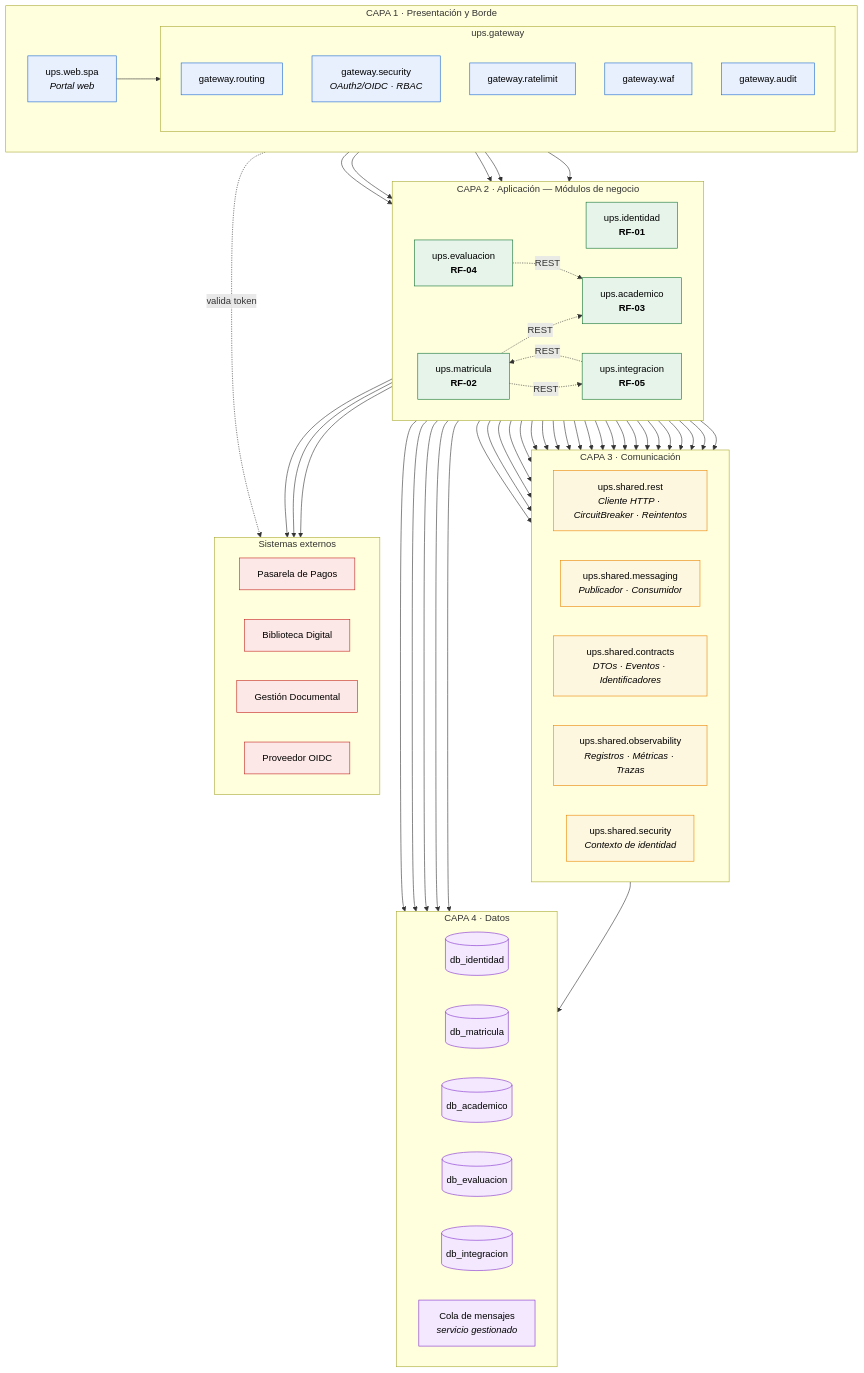
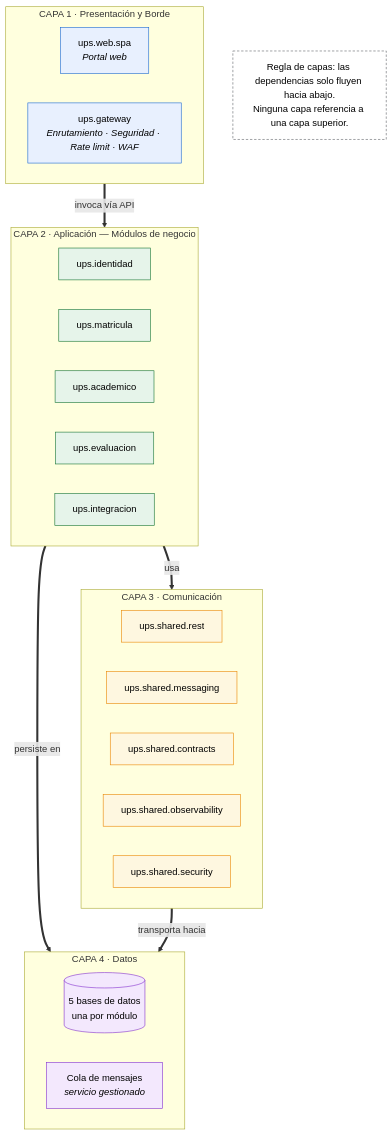
The first of 11 diagrams in docs/04-vista-desarrollo.md (thePanaMiguel09/doc-caso-estudio), drawn with Mermaid before and after one commit. The commit also changed other lines of this file and 1 other file, not shown here.

First line of the commit message:
docs: separa los cuatro diagramas exigidos en la vista de desarrollo

````diff
--- a/docs/04-vista-desarrollo.md
+++ b/docs/04-vista-desarrollo.md
@@ -39,103 +57,44 @@
 flowchart TB
     subgraph L1["CAPA 1 · Presentación y Borde"]
         direction LR
-        WEB["ups.web.spa<br/><i>Portal web</i>"]:::c1
-        subgraph GWP["ups.gateway"]
-            direction TB
-            G1["gateway.routing"]:::c1
-            G2["gateway.security<br/><i>OAuth2/OIDC · RBAC</i>"]:::c1
-            G3["gateway.ratelimit"]:::c1
-            G4["gateway.waf"]:::c1
-            G5["gateway.audit"]:::c1
-        end
+        L1A["ups.web.spa<br/><i>Portal web</i>"]:::c1
+        L1B["ups.gateway<br/><i>Enrutamiento · Seguridad · Rate limit · WAF</i>"]:::c1
     end
 
     subgraph L2["CAPA 2 · Aplicación — Módulos de negocio"]
         direction LR
-        M1["ups.identidad<br/><b>RF-01</b>"]:::c2
-        M2["ups.matricula<br/><b>RF-02</b>"]:::c2
-        M3["ups.academico<br/><b>RF-03</b>"]:::c2
-        M4["ups.evaluacion<br/><b>RF-04</b>"]:::c2
-        M5["ups.integracion<br/><b>RF-05</b>"]:::c2
+        L2A["ups.identidad"]:::c2
+        L2B["ups.matricula"]:::c2
+        L2C["ups.academico"]:::c2
+        L2D["ups.evaluacion"]:::c2
+        L2E["ups.integracion"]:::c2
     end
 
     subgraph L3["CAPA 3 · Comunicación"]
         direction LR
-        S1["ups.shared.rest<br/><i>Cliente HTTP · CircuitBreaker · Reintentos</i>"]:::c3
-        S2["ups.shared.messaging<br/><i>Publicador · Consumidor</i>"]:::c3
-        S3["ups.shared.contracts<br/><i>DTOs · Eventos · Identificadores</i>"]:::c3
-        S4["ups.shared.observability<br/><i>Registros · Métricas · Trazas</i>"]:::c3
-        S5["ups.shared.security<br/><i>Contexto de identidad</i>"]:::c3
+        L3A["ups.shared.rest"]:::c3
+        L3B["ups.shared.messaging"]:::c3
+        L3C["ups.shared.contracts"]:::c3
+        L3D["ups.shared.observability"]:::c3
+        L3E["ups.shared.security"]:::c3
     end
 
     subgraph L4["CAPA 4 · Datos"]
         direction LR
-        D1[("db_identidad")]:::c4
-        D2[("db_matricula")]:::c4
-        D3[("db_academico")]:::c4
-        D4[("db_evaluacion")]:::c4
-        D5[("db_integracion")]:::c4
-        MQ["Cola de mensajes<br/><i>servicio gestionado</i>"]:::c4
+        L4A[("5 bases de datos<br/>una por módulo")]:::c4
+        L4B["Cola de mensajes<br/><i>servicio gestionado</i>"]:::c4
     end
 
-    subgraph EXT["Sistemas externos"]
-        direction LR
-        E1["Pasarela de Pagos"]:::ce
-        E2["Biblioteca Digital"]:::ce
-        E3["Gestión Documental"]:::ce
-        E4["Proveedor OIDC"]:::ce
-    end
+    L1 ==>|"invoca vía API"| L2
+    L2 ==>|"usa"| L3
+    L2 ==>|"persiste en"| L4
+    L3 ==>|"transporta hacia"| L4
 
-    WEB --> GWP
-    GWP --> M1
-    GWP --> M2
-    GWP --> M3
-    GWP --> M4
-    GWP --> M5
-    G2 -.valida token.-> E4
-
-    M1 --> S1
-    M1 --> S3
-    M1 --> S4
-    M1 --> S5
-    M2 --> S1
-    M2 --> S2
-    M2 --> S3
-    M2 --> S4
-    M2 --> S5
-    M3 --> S1
-    M3 --> S3
-    M3 --> S4
-    M3 --> S5
-    M4 --> S2
-    M4 --> S3
-    M4 --> S4
-    M4 --> S5
-    M5 --> S1
-    M5 --> S2
-    M5 --> S3
-    M5 --> S4
-    M5 --> S5
-
-    M1 --> D1
-    M2 --> D2
-    M3 --> D3
-    M4 --> D4
-    M5 --> D5
-    S2 --> MQ
-
-    M5 --> E1
-    M5 --> E2
-    M5 --> E3
-
-    M2 -.REST.-> M3
-    M2 -.REST.-> M5
-    M4 -.REST.-> M3
-    M5 -.REST.-> M2
+    NOTA["Regla de capas: las dependencias solo fluyen hacia abajo.<br/>Ninguna capa referencia a una capa superior."]:::nota
 
     classDef c1 fill:#E8F0FE,stroke:#1967D2,color:#000
     classDef c2 fill:#E6F4EA,stroke:#137333,color:#000
     classDef c3 fill:#FEF7E0,stroke:#EA8600,color:#000
     classDef c4 fill:#F3E8FD,stroke:#8430CE,color:#000
-    classDef ce fill:#FCE8E6,stroke:#C5221F,color:#000
+    classDef nota fill:#FFFFFF,stroke:#5F6368,color:#000,stroke-dasharray:4 3
 ```
````
